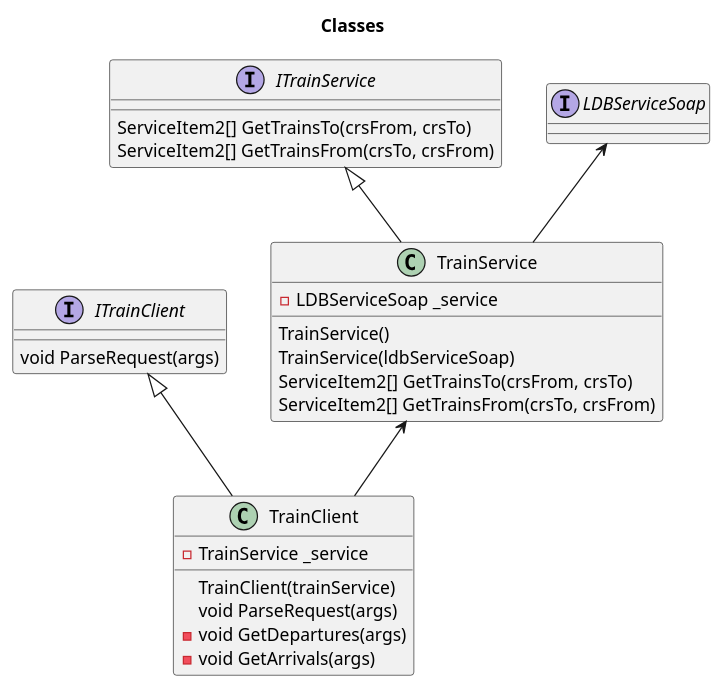
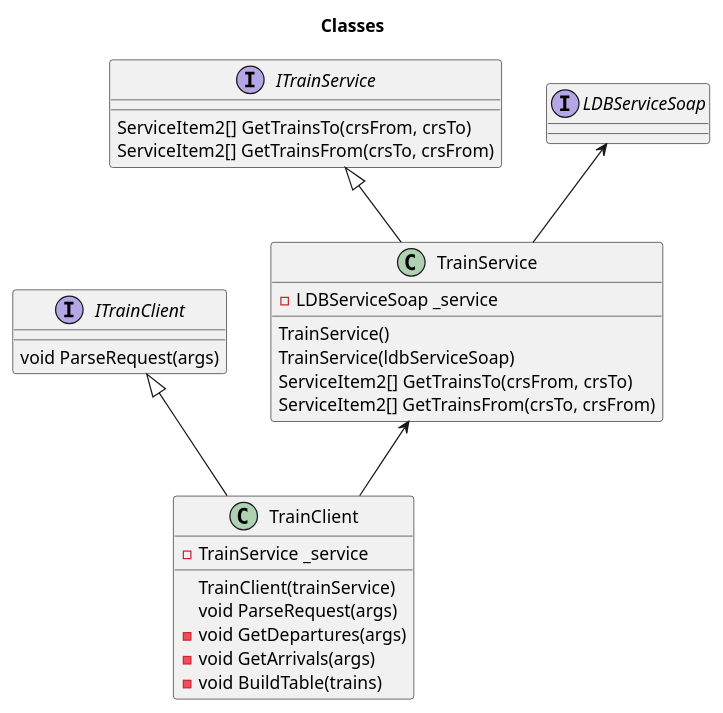
Before and after one commit to ironiclensflare/train-console: the diagram in docs/Classes.puml, drawn with PlantUML. The commit also changed 2 other files, not shown here.

Commit message:
Update comment and diagram

```diff
--- a/docs/Classes.puml
+++ b/docs/Classes.puml
@@ -1,37 +1,38 @@
 @startuml
 title Classes
 
 class TrainClient {
     -TrainService _service
     TrainClient(trainService)
     void ParseRequest(args)
     -void GetDepartures(args)
     -void GetArrivals(args)
+    -void BuildTable(trains)
 }
 
 interface ITrainClient {
     void ParseRequest(args)
 }
 
 class TrainService {
     -LDBServiceSoap _service
     TrainService()
     TrainService(ldbServiceSoap)
     ServiceItem2[] GetTrainsTo(crsFrom, crsTo)
     ServiceItem2[] GetTrainsFrom(crsTo, crsFrom)
 }
 
 interface ITrainService {
     ServiceItem2[] GetTrainsTo(crsFrom, crsTo)
     ServiceItem2[] GetTrainsFrom(crsTo, crsFrom)
 }
 
 interface LDBServiceSoap {
 }
 
 ITrainClient <|-- TrainClient
 TrainService <-- TrainClient
 ITrainService <|-- TrainService
 LDBServiceSoap <-- TrainService
 
 @enduml
```
